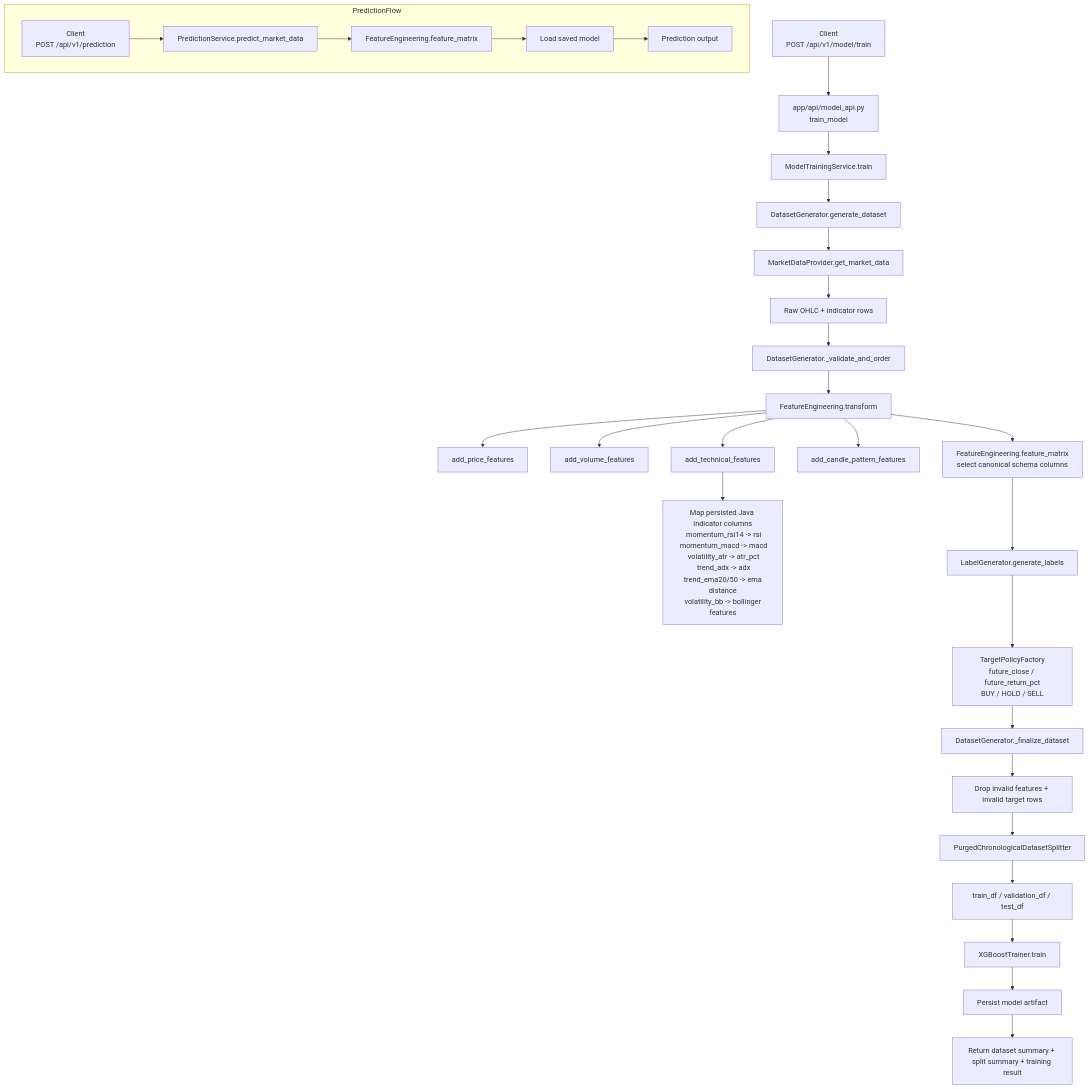
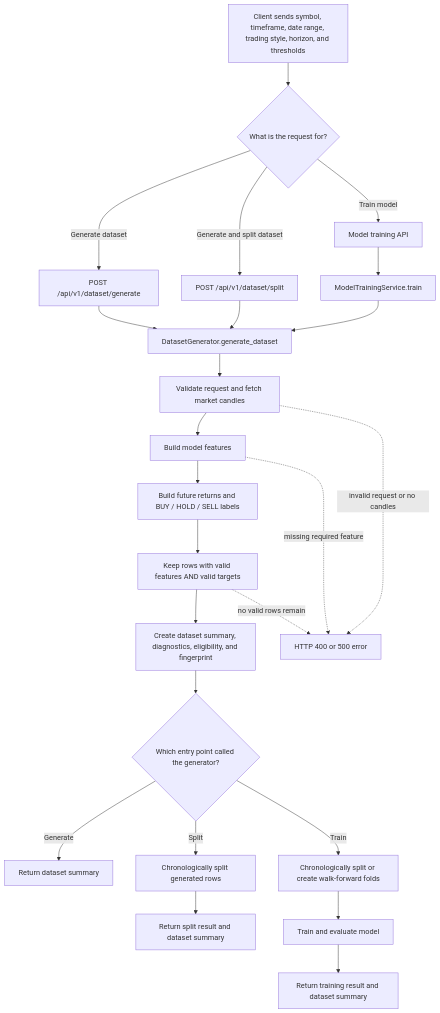
Before and after one commit to evanellenstore/trade-ml-service: the first of 6 diagrams in FLOW_DIAGRAM.md, drawn with Mermaid. The commit also changed other lines of this file and 4 other files, not shown here.

````diff
--- a/FLOW_DIAGRAM.md
+++ b/FLOW_DIAGRAM.md
@@ -3,37 +9,31 @@
 ```mermaid
 flowchart TD
-    A[Client\nPOST /api/v1/model/train] --> B[app/api/model_api.py\ntrain_model]
-    B --> C[ModelTrainingService.train]
-    C --> D[DatasetGenerator.generate_dataset]
+    Client[Client sends symbol, timeframe, date range, trading style, horizon, and thresholds]
+    Client --> Choice{What is the request for?}
+    Choice -->|Generate dataset| GenerateAPI[POST /api/v1/dataset/generate]
+    Choice -->|Generate and split dataset| SplitAPI[POST /api/v1/dataset/split]
+    Choice -->|Train model| TrainAPI[Model training API]
 
-    D --> D1[MarketDataProvider.get_market_data]
-    D1 --> D2[Raw OHLC + indicator rows]
-    D2 --> D3[DatasetGenerator._validate_and_order]
-    D3 --> E[FeatureEngineering.transform]
+    GenerateAPI --> Generator[DatasetGenerator.generate_dataset]
+    SplitAPI --> Generator
+    TrainAPI --> TrainingService[ModelTrainingService.train]
+    TrainingService --> Generator
 
-    E --> E1[add_price_features]
-    E --> E2[add_volume_features]
-    E --> E3[add_technical_features]
-    E --> E4[add_candle_pattern_features]
+    Generator --> InputCheck[Validate request and fetch market candles]
+    InputCheck --> Features[Build model features]
+    Features --> Targets[Build future returns and BUY / HOLD / SELL labels]
+    Targets --> Filter[Keep rows with valid features AND valid targets]
+    Filter --> Summary[Create dataset summary, diagnostics, eligibility, and fingerprint]
 
-    E3 --> E5[Map persisted Java indicator columns\n momentum_rsi14 -> rsi\n momentum_macd -> macd\n volatility_atr -> atr_pct\n trend_adx -> adx\n trend_ema20/50 -> ema distance\n volatility_bb -> bollinger features]
+    Summary --> ResultChoice{Which entry point called the generator?}
+    ResultChoice -->|Generate| GenerateResponse[Return dataset summary]
+    ResultChoice -->|Split| SplitRows[Chronologically split generated rows]
+    SplitRows --> SplitResponse[Return split result and dataset summary]
+    ResultChoice -->|Train| TrainRows[Chronologically split or create walk-forward folds]
+    TrainRows --> Model[Train and evaluate model]
+    Model --> TrainResponse[Return training result and dataset summary]
 
-    E --> F[FeatureEngineering.feature_matrix\nselect canonical schema columns]
-    F --> G[LabelGenerator.generate_labels]
-    G --> H[TargetPolicyFactory\nfuture_close / future_return_pct\nBUY / HOLD / SELL]
-    H --> I[DatasetGenerator._finalize_dataset]
-    I --> I1[Drop invalid features + invalid target rows]
-
-    I1 --> J[PurgedChronologicalDatasetSplitter]
-    J --> K[train_df / validation_df / test_df]
-    K --> L[XGBoostTrainer.train]
-    L --> M[Persist model artifact]
-    M --> N[Return dataset summary + split summary + training result]
-
-    subgraph PredictionFlow
-        P[Client\nPOST /api/v1/prediction] --> Q[PredictionService.predict_market_data]
-        Q --> R[FeatureEngineering.feature_matrix]
-        R --> S[Load saved model]
-        S --> T[Prediction output]
-    end
+    InputCheck -. invalid request or no candles .-> ClientError[HTTP 400 or 500 error]
+    Features -. missing required feature .-> ClientError
+    Filter -. no valid rows remain .-> ClientError
 ```
````
